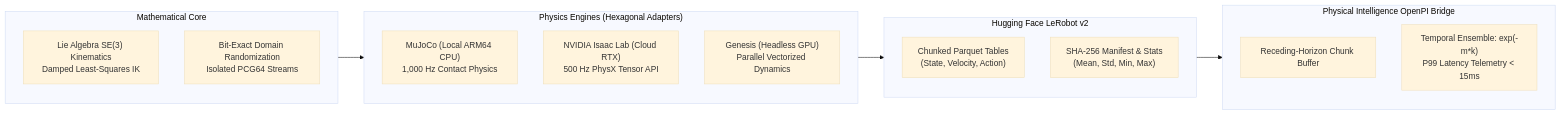
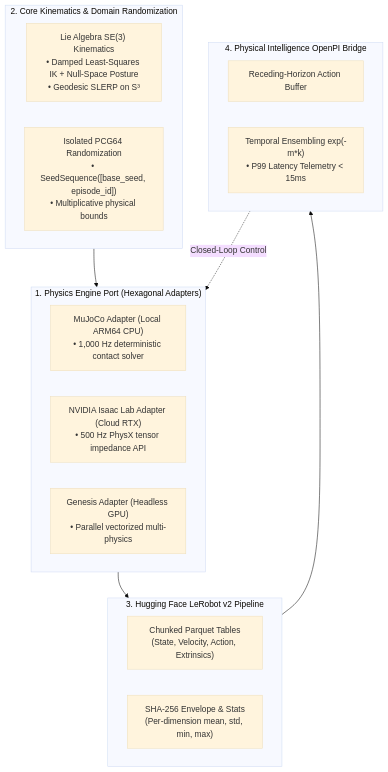
Before and after one commit to LeanoA/sim2real-data-engine: the first of 2 diagrams in ARTICLE_DRAFT.md, drawn with Mermaid (base theme). The commit also changed other lines of this file, not shown here.

Commit message:
docs(article): polish technical architecture publication draft

````diff
--- a/ARTICLE_DRAFT.md
+++ b/ARTICLE_DRAFT.md
@@ -34,27 +36,28 @@
 ```mermaid
-flowchart LR
-    subgraph Simulators["Physics Engines (Hexagonal Adapters)"]
-        M["MuJoCo (Local ARM64 CPU)<br/>1,000 Hz Contact Physics"]
-        I["NVIDIA Isaac Lab (Cloud RTX)<br/>500 Hz PhysX Tensor API"]
-        G["Genesis (Headless GPU)<br/>Parallel Vectorized Dynamics"]
+flowchart TB
+    subgraph Simulators["1. Physics Engine Port (Hexagonal Adapters)"]
+        M["MuJoCo Adapter (Local ARM64 CPU)<br/>• 1,000 Hz deterministic contact solver"]
+        I["NVIDIA Isaac Lab Adapter (Cloud RTX)<br/>• 500 Hz PhysX tensor impedance API"]
+        G["Genesis Adapter (Headless GPU)<br/>• Parallel vectorized multi-physics"]
     end
 
-    subgraph Core["Mathematical Core"]
-        K["Lie Algebra SE(3) Kinematics<br/>Damped Least-Squares IK"]
-        DR["Bit-Exact Domain Randomization<br/>Isolated PCG64 Streams"]
+    subgraph Core["2. Core Kinematics & Domain Randomization"]
+        K["Lie Algebra SE(3) Kinematics<br/>• Damped Least-Squares IK + Null-Space Posture<br/>• Geodesic SLERP on S³"]
+        DR["Isolated PCG64 Randomization<br/>• SeedSequence([base_seed, episode_id])<br/>• Multiplicative physical bounds"]
     end
 
-    subgraph Export["Hugging Face LeRobot v2"]
-        P["Chunked Parquet Tables<br/>(State, Velocity, Action)"]
-        S["SHA-256 Manifest & Stats<br/>(Mean, Std, Min, Max)"]
+    subgraph Export["3. Hugging Face LeRobot v2 Pipeline"]
+        P["Chunked Parquet Tables<br/>(State, Velocity, Action, Extrinsics)"]
+        S["SHA-256 Envelope & Stats<br/>(Per-dimension mean, std, min, max)"]
     end
 
-    subgraph Bridge["Physical Intelligence OpenPI Bridge"]
-        CB["Receding-Horizon Chunk Buffer"]
-        TE["Temporal Ensemble: exp(-m*k)<br/>P99 Latency Telemetry < 15ms"]
+    subgraph Bridge["4. Physical Intelligence OpenPI Bridge"]
+        CB["Receding-Horizon Action Buffer"]
+        TE["Temporal Ensembling exp(-m*k)<br/>• P99 Latency Telemetry < 15ms"]
     end
 
     Core --> Simulators
     Simulators --> Export
     Export --> Bridge
+    Bridge -.->|"Closed-Loop Control"| Simulators
 ```
````
